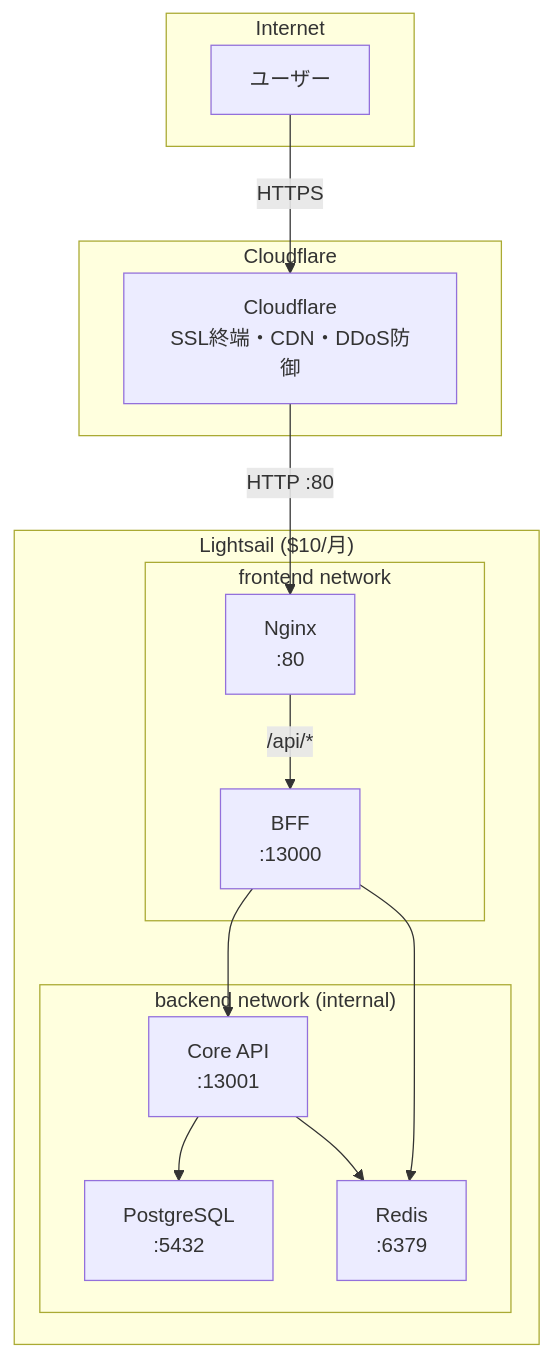
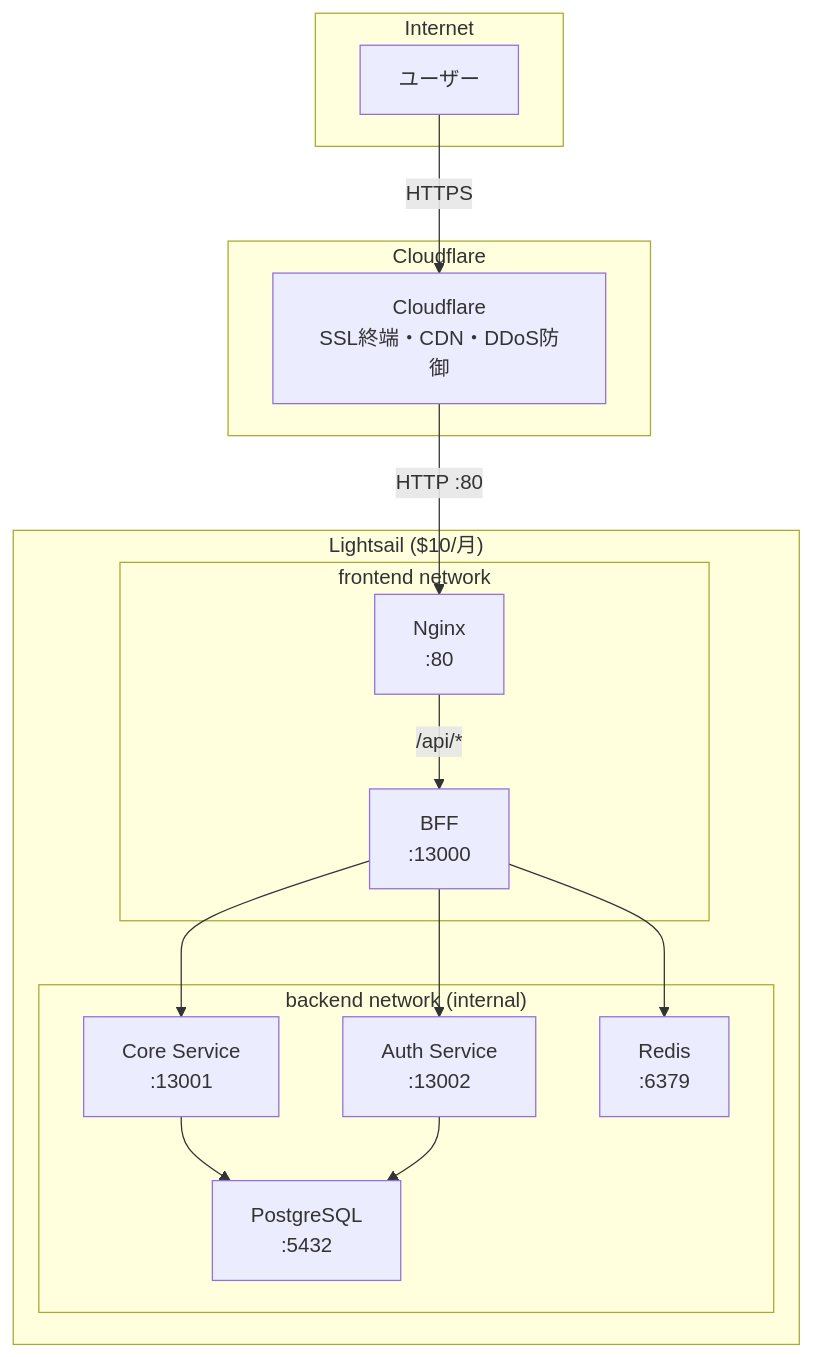
Before and after one commit to ka2kama/ringiflow: the diagram in infra/lightsail/README.md, drawn with Mermaid. The commit also changed other lines of this file and 5 other files, not shown here.

First line of the commit message:
Update Lightsail deploy config for current architecture

````diff
--- a/infra/lightsail/README.md
+++ b/infra/lightsail/README.md
@@ -15,30 +15,32 @@
 ```mermaid
 graph TB
     subgraph Internet
         User["ユーザー"]
     end
 
     subgraph Cloudflare
         CF["Cloudflare<br/>SSL終端・CDN・DDoS防御"]
     end
 
     subgraph Lightsail["Lightsail ($10/月)"]
         subgraph Frontend["frontend network"]
             Nginx["Nginx<br/>:80"]
             BFF["BFF<br/>:13000"]
         end
         subgraph Backend["backend network (internal)"]
-            CoreAPI["Core API<br/>:13001"]
+            CoreService["Core Service<br/>:13001"]
+            AuthService["Auth Service<br/>:13002"]
             Postgres["PostgreSQL<br/>:5432"]
             Redis["Redis<br/>:6379"]
         end
     end
 
     User -->|HTTPS| CF
     CF -->|HTTP :80| Nginx
     Nginx -->|/api/*| BFF
-    BFF --> CoreAPI
-    CoreAPI --> Postgres
-    CoreAPI --> Redis
+    BFF --> CoreService
+    BFF --> AuthService
+    CoreService --> Postgres
+    AuthService --> Postgres
     BFF --> Redis
 ```
````
